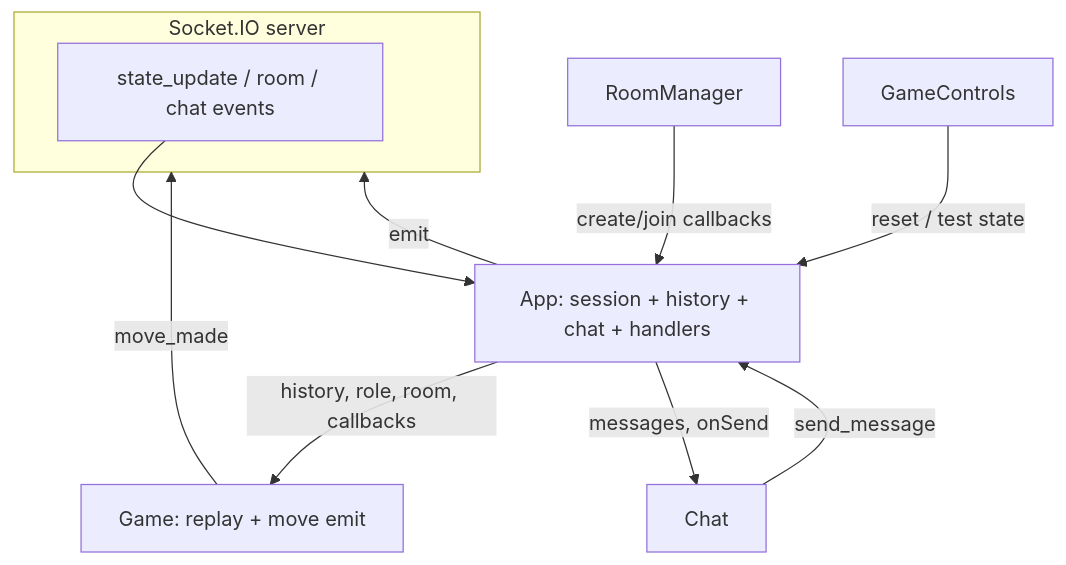
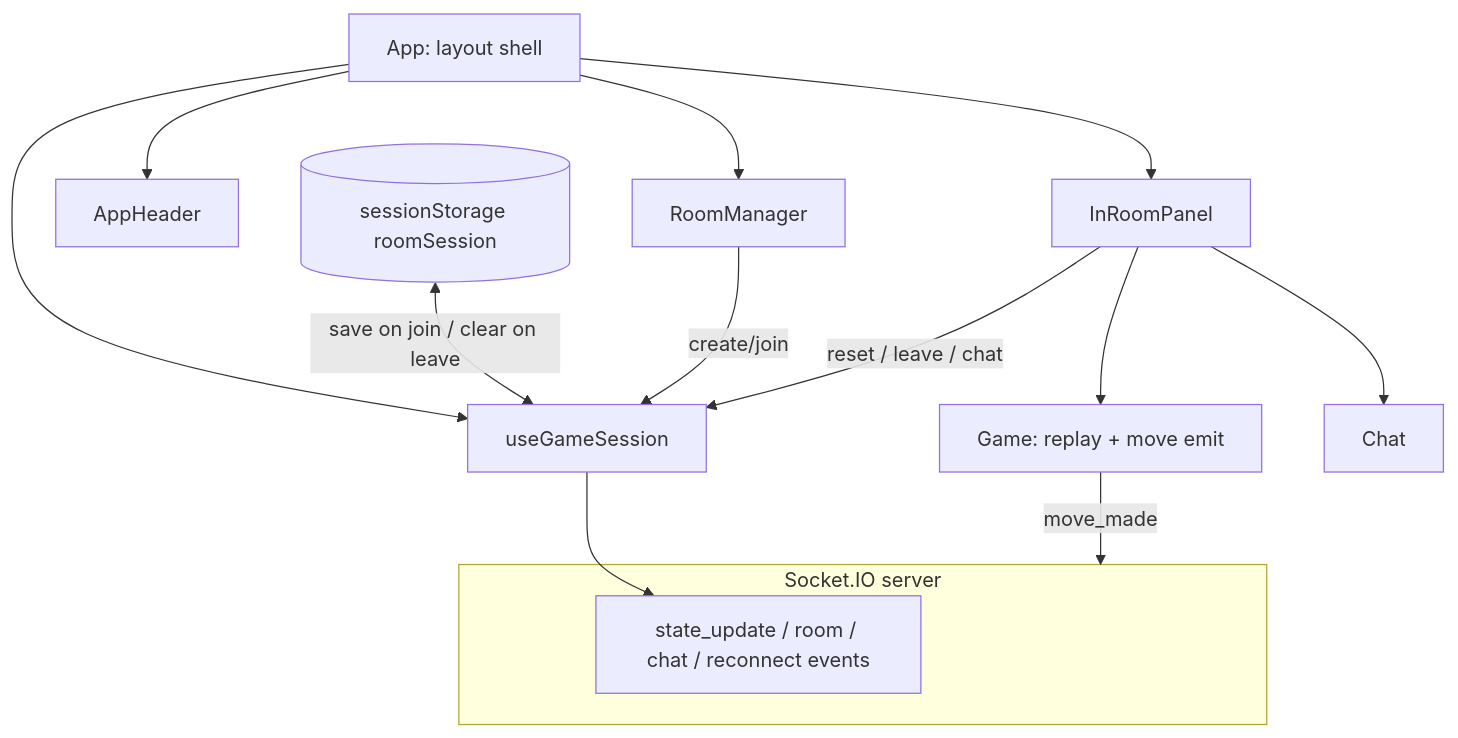
The diagram in Web/FRONTEND.md (JustinBoyce/UltimateTicTacToe), drawn with Mermaid before and after one commit. The commit also changed other lines of this file and 8 other files, not shown here.

Commit message:
Fixed bugs with reconnect, refactored App.tsx

````diff
--- a/Web/FRONTEND.md
+++ b/Web/FRONTEND.md
@@ -110,21 +140,28 @@
 ```mermaid
 flowchart TB
   subgraph server [Socket.IO server]
-    SE[state_update / room / chat events]
+    SE[state_update / room / chat / reconnect events]
   end
 
-  App[App: session + history + chat + handlers]
+  SS[(sessionStorage roomSession)]
 
+  App[App: layout shell]
+  Hook[useGameSession]
+  Header[AppHeader]
+  InRoom[InRoomPanel]
   RM[RoomManager]
-  GC[GameControls]
   G[Game: replay + move emit]
   CH[Chat]
-  SE --> App
-  RM -->|create/join callbacks| App
-  App -->|emit| server
-  GC -->|reset / test state| App
-  CH -->|send_message| App
-  App -->|history, role, room, callbacks| G
+
+  App --> Hook
+  App --> Header
+  App --> RM
+  App --> InRoom
+  Hook --> SE
+  SS <-->|save on join / clear on leave| Hook
+  RM -->|create/join| Hook
+  InRoom -->|reset / leave / chat| Hook
+  InRoom --> G
+  InRoom --> CH
   G -->|move_made| server
-  App -->|messages, onSend| CH
 ```
````
